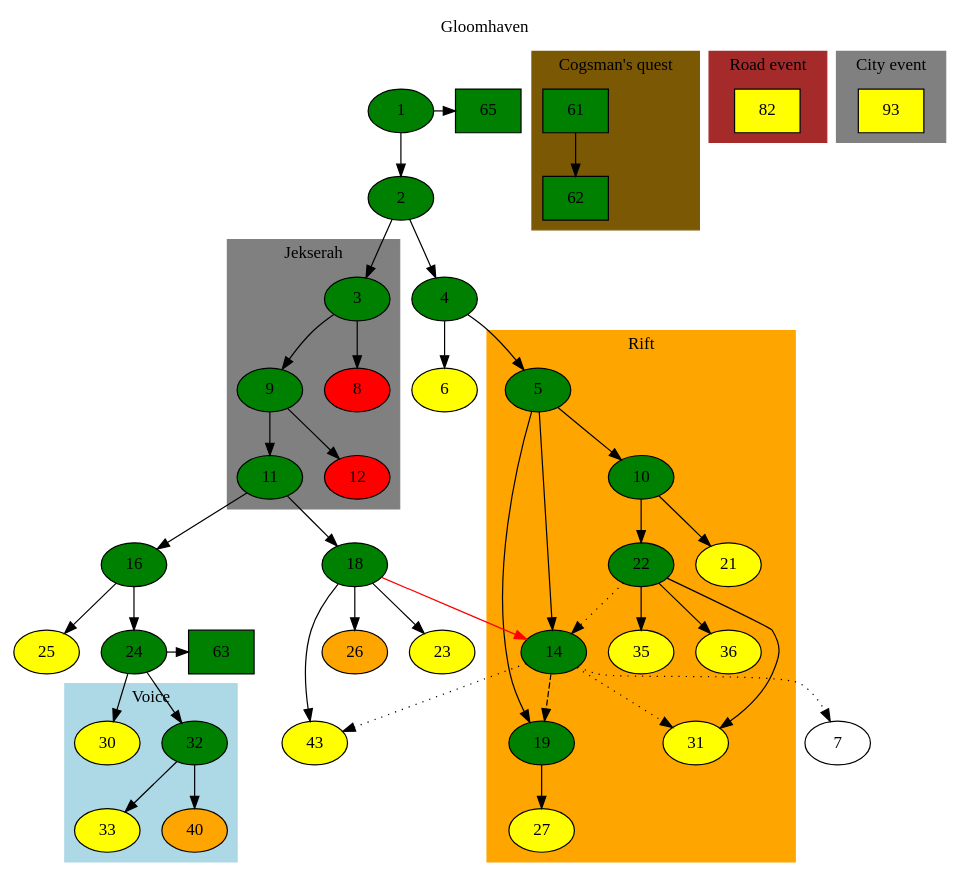
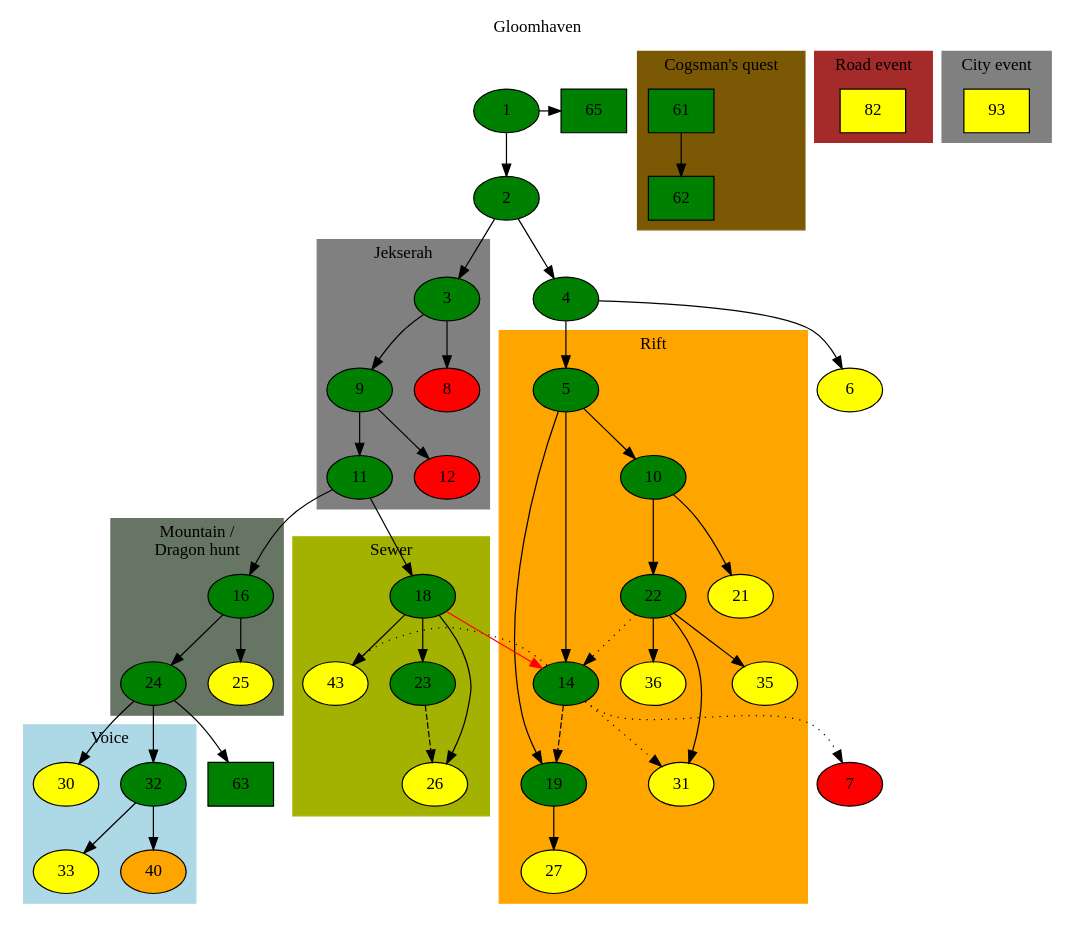
Before and after one commit to PickledChris/gloomhaven-scenario-tracking: the diagram in scenarios.dot, drawn with Graphviz. The commit also changed 2 other files, not shown here.

```diff
--- a/scenarios.dot
+++ b/scenarios.dot
@@ -1,105 +1,115 @@
 digraph world {
 	label="Gloomhaven";
 	labelloc="top";
 
 	# Normal, completed
-	1,2,3,4,5,9,10,11,14,16,18,19,22,24,32 [style=filled fillcolor="green"];
+	1,2,3,4,5,9,10,11,14,16,18,19,22,23,24,32 [style=filled fillcolor="green"];
 	# Normal, incomplete
-	6,21,23,25,27,30,31,33,35,36,43 [style=filled fillcolor="yellow"];
+	6,21,25,26,27,30,31,33,35,36,43 [style=filled fillcolor="yellow"];
 	# Normal, incomplete, requirements not met
-	26,40 [style=filled fillcolor="orange"];
+	40 [style=filled fillcolor="orange"];
 	# Normal, uncompletable
-	8,12 [style=filled fillcolor="red"];
+	7,8,12 [style=filled fillcolor="red"];
 
 	# Side, completed
 	## Personal quest
 	61,62 [style=filled fillcolor="green" shape=box]; 
 	## Random reward
 	63,65 [style=filled fillcolor="green" shape=box]; 
 	{rank=same; 1 65;}
-	{rank=same; 24 63;}
 
 	# Side, incomplete
 	# Road
 	82,93 [style=filled fillcolor="yellow" shape=box]; 
 
 	1 -> 2;
 	1 -> 65;
 
 	2 -> 3;
 	2 -> 4;
 	4 -> 5;
 	4 -> 6;
 	14 -> 7 [style="dotted"]; # Reference
 	14 -> 31 [style="dotted"]; # Reference
 	14 -> 43 [style="dotted"]; # Reference
-
 	11 -> 16;
 	11 -> 18;
 	18 -> 14 [color="red"];
-	18 -> 23;
-	18 -> 26;
-	18 -> 43;
-	16 -> 25;
-	16 -> 24;
-	24 -> 32;
-	24 -> 63
-
+	23 -> 26 [style="dashed"]; # Unlocked 
+	24 -> 63;
 
 	subgraph cluster_0 {
 		label = "Jekserah";
 		style = "filled";
 		color = "grey";
 		3 -> 8;
 		3 -> 9;
 		9 -> 11;
 		9 -> 12;
 	}
 
 	subgraph cluster_1 {
 		label = "Rift";
 		style = "filled";
 		color = "orange";
 		5 -> 10;
 		5 -> 14;
 		5 -> 19;
 		14 -> 19 [style="dashed"]; # Unlocks
 		19 -> 27;
 		10 -> 21;
 		10 -> 22;
 		22 -> 14 [style="dotted"]; # Reference
 		22 -> 31;
 		22 -> 35;
 		22 -> 36;
 	}
 
-	subgraph cluster_2{
+	subgraph cluster_2 {
+		label = "Mountain / \n Dragon hunt";
+		style = "filled";
+		color = "#677664";
+		16 -> 24;
+		16 -> 25;
+	}
+
+	subgraph cluster_3 {
 		label = "Voice";
 		style = "filled";
 		color = "lightblue";
+		24 -> 32;
 		24 -> 30;
 		32 -> 33;
 		32 -> 40;
+	}
+
+	subgraph cluster_4 {
+		label = "Sewer";
+		style = "filled";
+		color = "#a3b201";
+		18 -> 23;
+		18 -> 26;
+		18 -> 43;
 	}
 
 	subgraph cluster_10 {
 		label = "Cogsman's quest";
 		style = "filled";
 		color = "#7b5804";
 		61 -> 62;
 	}
 
 	subgraph cluster_20 {
 		label = "City event";
 		style = "filled";
 		color = "grey";
 		93;
 	}
 
 	subgraph cluster_21 {
 		label = "Road event";
 		style = "filled";
 		color = "brown";
 		82;
 	}
 }
```
